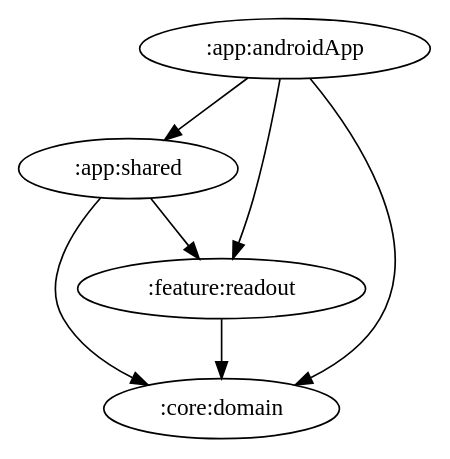
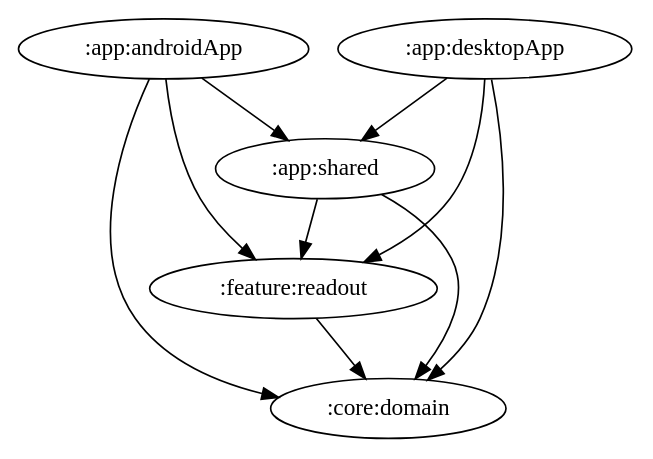
One commit to ai-kurou/KoDriver changed the diagram in docs/graphs/feature-readout.gv. Above: the diagram before and after it, drawn with Graphviz. The commit also changed 11 other files, not shown here.

Commit message:
chore: update module graph images [skip ci]

```diff
--- a/docs/graphs/feature-readout.gv
+++ b/docs/graphs/feature-readout.gv
@@ -1,8 +1,11 @@
 digraph G {
   ":app:androidApp" -> ":app:shared"
   ":app:androidApp" -> ":core:domain"
   ":app:androidApp" -> ":feature:readout"
+  ":app:desktopApp" -> ":app:shared"
+  ":app:desktopApp" -> ":core:domain"
+  ":app:desktopApp" -> ":feature:readout"
   ":app:shared" -> ":feature:readout"
   ":app:shared" -> ":core:domain"
   ":feature:readout" -> ":core:domain"
 }
```
